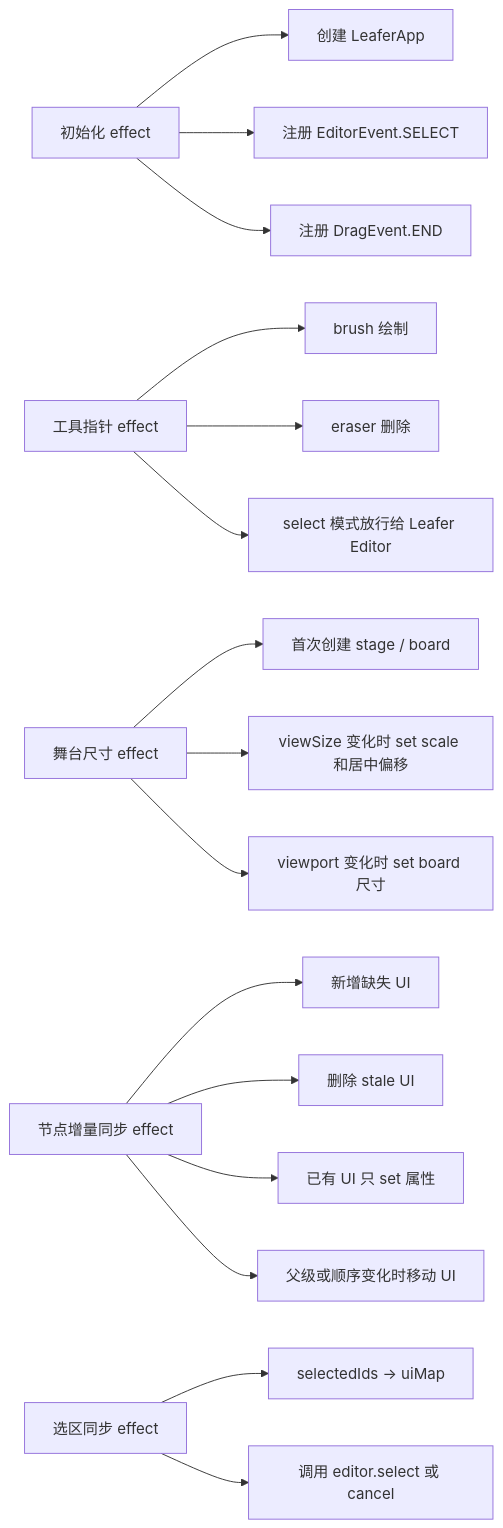
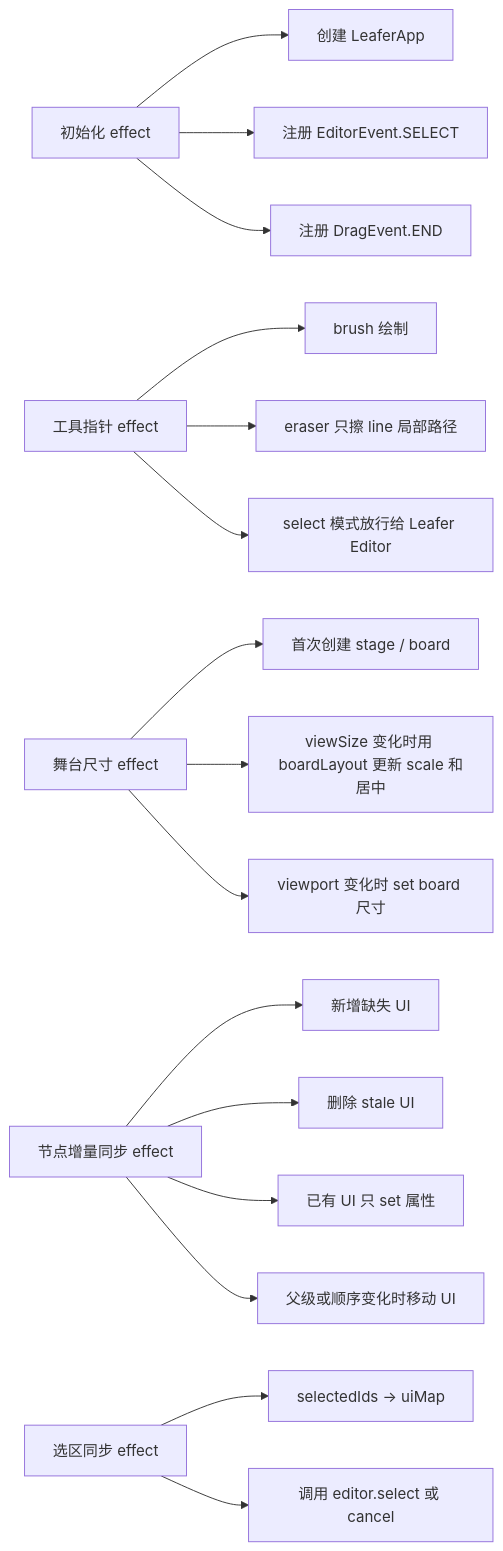
One commit to Tajigaqzh/paint-canvas changed the second of 11 diagrams in docs/useLeaferCanvas-logic.md. Above: the diagram before and after it, drawn with Mermaid. The commit also changed other lines of this file and 101 other files, not shown here.

Commit message:
refactor: 拆分 Leafer hook 并接入图片缓存与单测

````diff
--- a/docs/useLeaferCanvas-logic.md
+++ b/docs/useLeaferCanvas-logic.md
@@ -35,22 +54,22 @@
 ```mermaid
 flowchart LR
   A[初始化 effect] --> A1[创建 LeaferApp]
   A --> A2[注册 EditorEvent.SELECT]
   A --> A3[注册 DragEvent.END]
 
   B[工具指针 effect] --> B1[brush 绘制]
-  B --> B2[eraser 删除]
+  B --> B2[eraser 只擦 line 局部路径]
   B --> B3[select 模式放行给 Leafer Editor]
 
   C[舞台尺寸 effect] --> C1[首次创建 stage / board]
-  C --> C2[viewSize 变化时 set scale 和居中偏移]
+  C --> C2[viewSize 变化时用 boardLayout 更新 scale 和居中]
   C --> C3[viewport 变化时 set board 尺寸]
 
   D[节点增量同步 effect] --> D1[新增缺失 UI]
   D --> D2[删除 stale UI]
   D --> D3[已有 UI 只 set 属性]
   D --> D4[父级或顺序变化时移动 UI]
 
   E[选区同步 effect] --> E1[selectedIds -> uiMap]
   E --> E2[调用 editor.select 或 cancel]
 ```
````
